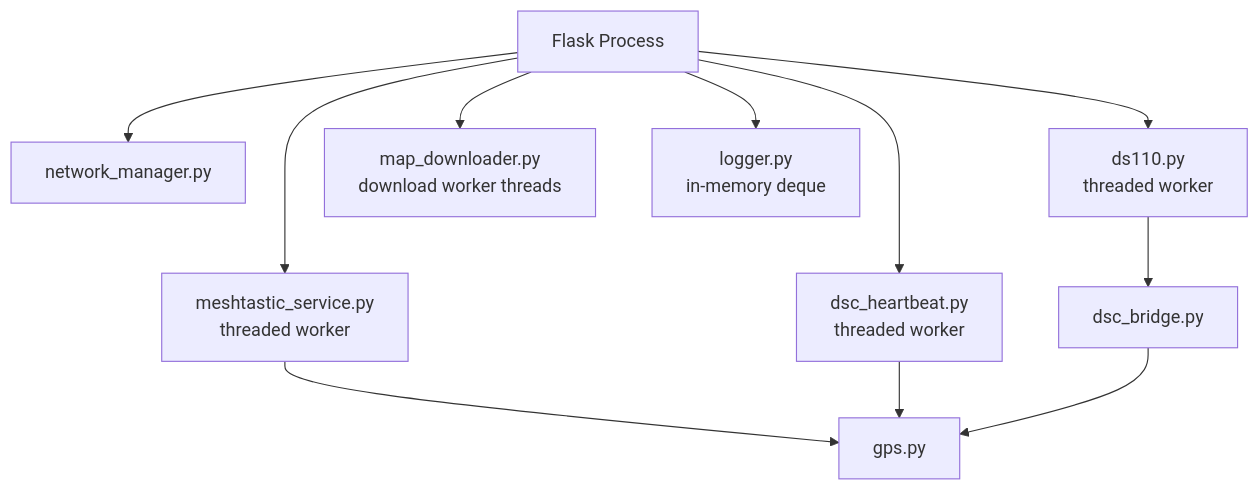
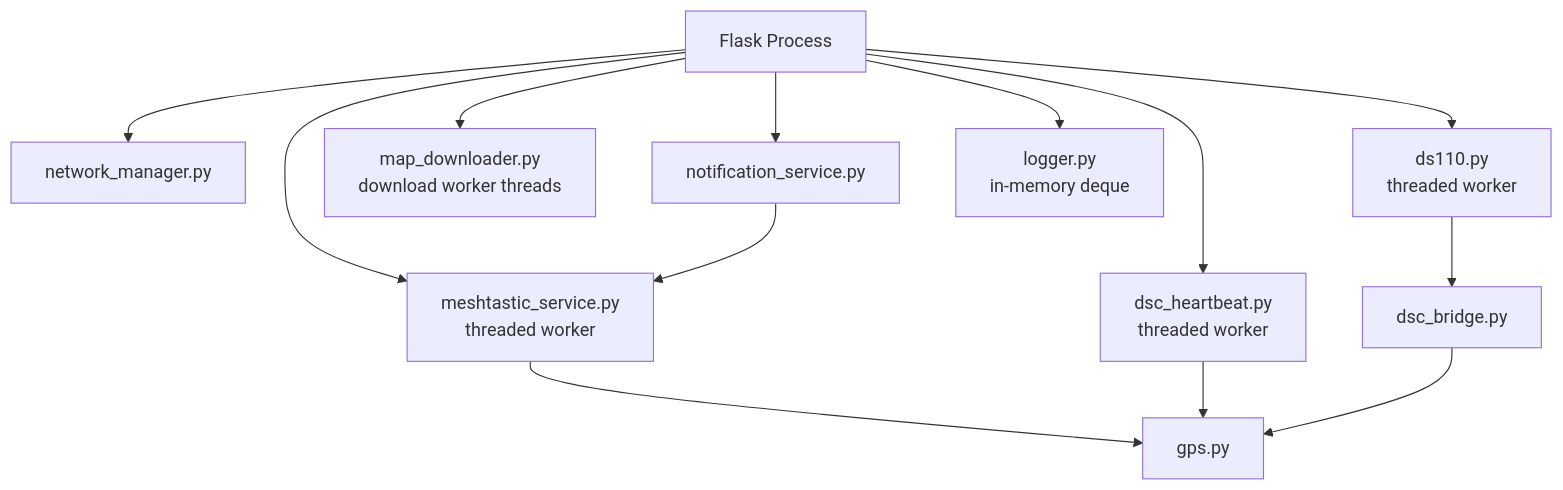
The sixth of 10 diagrams in tracker-mini/frontend/help/docs/developer/architecture.md (iz0qwm/drone_detector_antsdr_dronescout), drawn with Mermaid before and after one commit. The commit also changed other lines of this file and 101 other files, not shown here.

````diff
--- a/tracker-mini/frontend/help/docs/developer/architecture.md
+++ b/tracker-mini/frontend/help/docs/developer/architecture.md
@@ -293,24 +294,27 @@
 ```mermaid
 flowchart TD
 
     App["Flask Process"]
 
     Network["network_manager.py"]
     DS110["ds110.py<br/>threaded worker"]
     DSC["dsc_heartbeat.py<br/>threaded worker"]
     Maps["map_downloader.py<br/>download worker threads"]
     Mesh["meshtastic_service.py<br/>threaded worker"]
+    Notifications["notification_service.py"]
     Logs["logger.py<br/>in-memory deque"]
 
     App --> Network
     App --> DS110
     App --> DSC
     App --> Maps
     App --> Mesh
+    App --> Notifications
     App --> Logs
 
     DS110 --> DSCBridge["dsc_bridge.py"]
     Mesh --> GPS["gps.py"]
+    Notifications --> Mesh
     DSC --> GPS
     DSCBridge --> GPS
 ```
````
